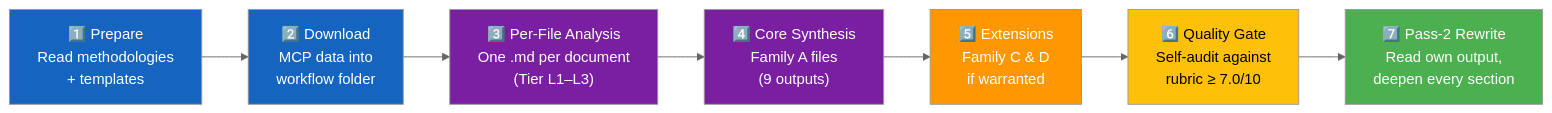
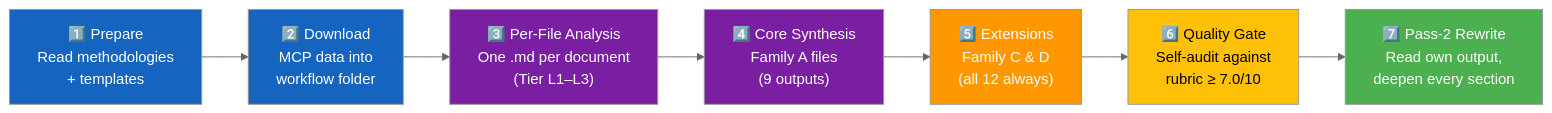
Before and after one commit to Hack23/riksdagsmonitor: the first of 4 diagrams in analysis/methodologies/ai-driven-analysis-guide.md, drawn with Mermaid (neutral theme). The commit also changed other lines of this file and 1 other file, not shown here.

````diff
--- a/analysis/methodologies/ai-driven-analysis-guide.md
+++ b/analysis/methodologies/ai-driven-analysis-guide.md
@@ -96,17 +96,17 @@
 ```mermaid
 flowchart LR
     S1["1️⃣ Prepare<br/>Read methodologies<br/>+ templates"] --> S2["2️⃣ Download<br/>MCP data into<br/>workflow folder"]
     S2 --> S3["3️⃣ Per-File Analysis<br/>One .md per document<br/>(Tier L1–L3)"]
     S3 --> S4["4️⃣ Core Synthesis<br/>Family A files<br/>(9 outputs)"]
-    S4 --> S5["5️⃣ Extensions<br/>Family C & D<br/>if warranted"]
+    S4 --> S5["5️⃣ Extensions<br/>Family C & D<br/>(all 12 always)"]
     S5 --> S6["6️⃣ Quality Gate<br/>Self-audit against<br/>rubric ≥ 7.0/10"]
     S6 --> S7["7️⃣ Pass-2 Rewrite<br/>Read own output,<br/>deepen every section"]
 
     style S1 fill:#1565C0,color:#FFFFFF
     style S2 fill:#1565C0,color:#FFFFFF
     style S3 fill:#7B1FA2,color:#FFFFFF
     style S4 fill:#7B1FA2,color:#FFFFFF
     style S5 fill:#FF9800,color:#FFFFFF
     style S6 fill:#FFC107,color:#000000
     style S7 fill:#4CAF50,color:#FFFFFF
 ```
````
